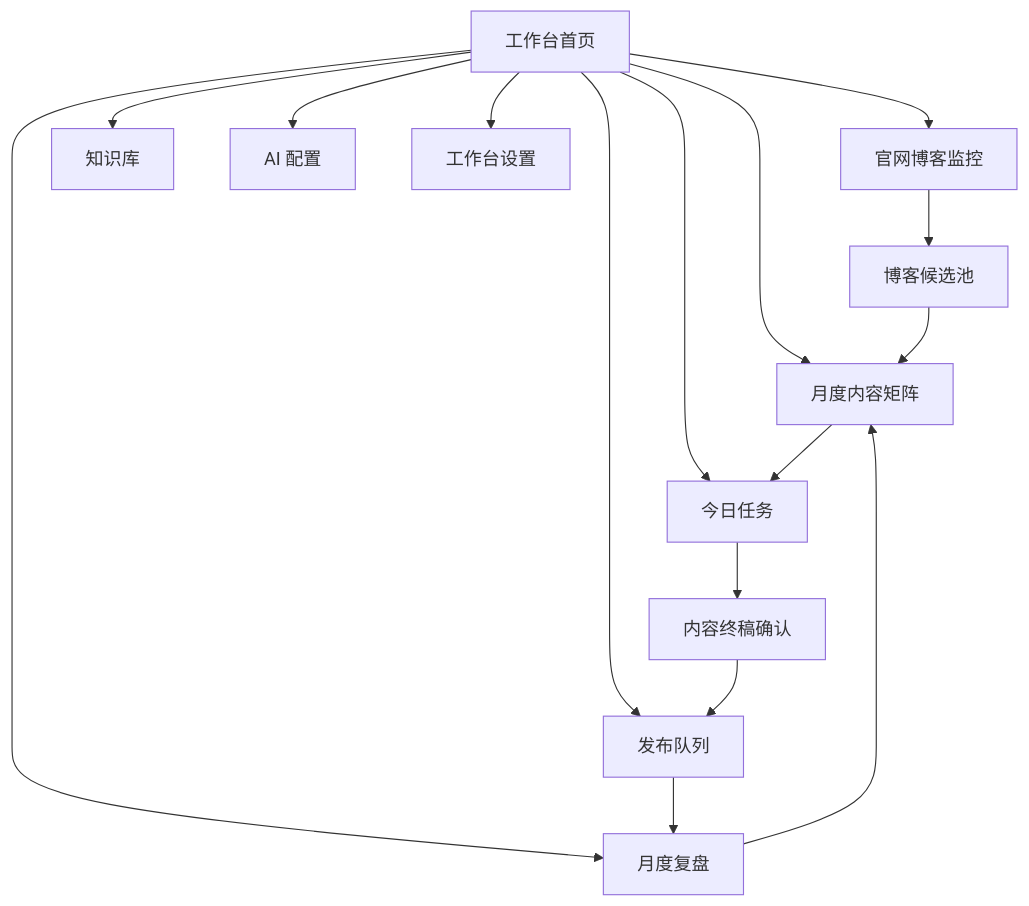
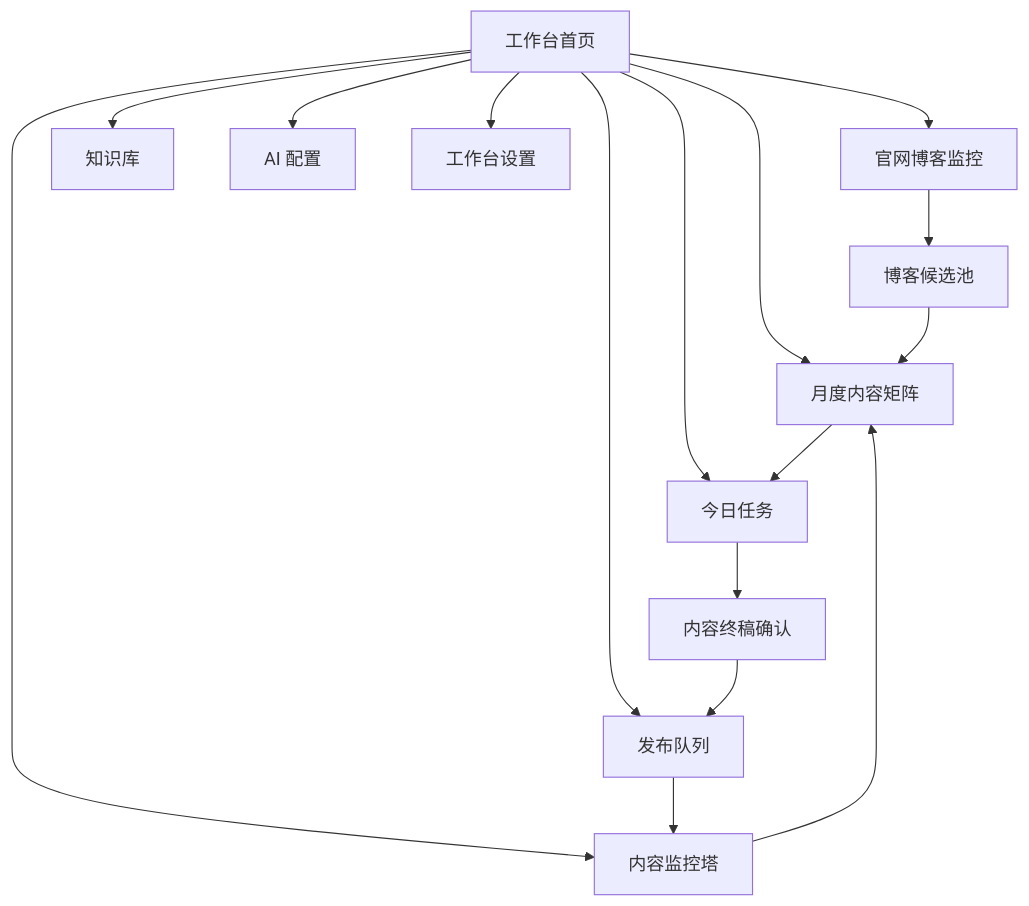
The first of 3 diagrams in design/low-fi-prototype.md (1736280642-Star/gtm-content-growth-workbench), drawn with Mermaid before and after one commit. The commit also changed other lines of this file and 54 other files, not shown here.

````diff
--- a/design/low-fi-prototype.md
+++ b/design/low-fi-prototype.md
@@ -16,19 +16,19 @@
 ```mermaid
 flowchart TD
     A["工作台首页"] --> B["月度内容矩阵"]
     A --> C["今日任务"]
     A --> D["发布队列"]
     A --> E["官网博客监控"]
-    A --> G["月度复盘"]
+    A --> G["内容监控塔"]
     A --> H["知识库"]
     A --> I["AI 配置"]
     A --> J["工作台设置"]
 
     B --> C
     C --> K["内容终稿确认"]
     K --> D
     D --> G
     E --> L["博客候选池"]
     L --> B
     G --> B
 ```
````
